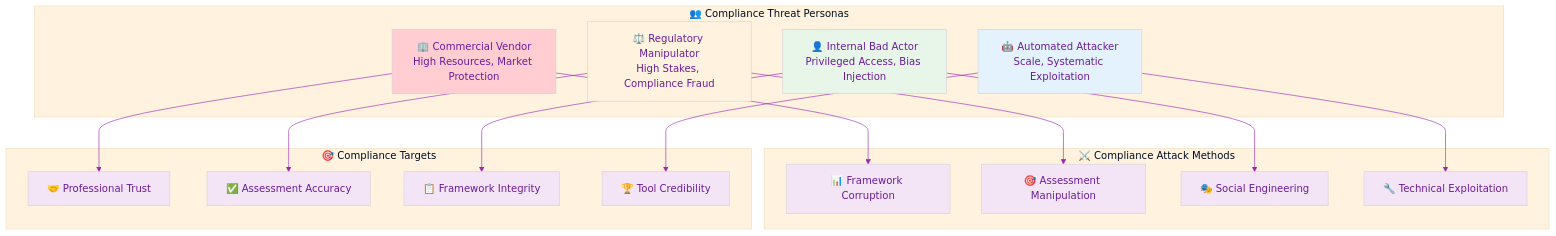
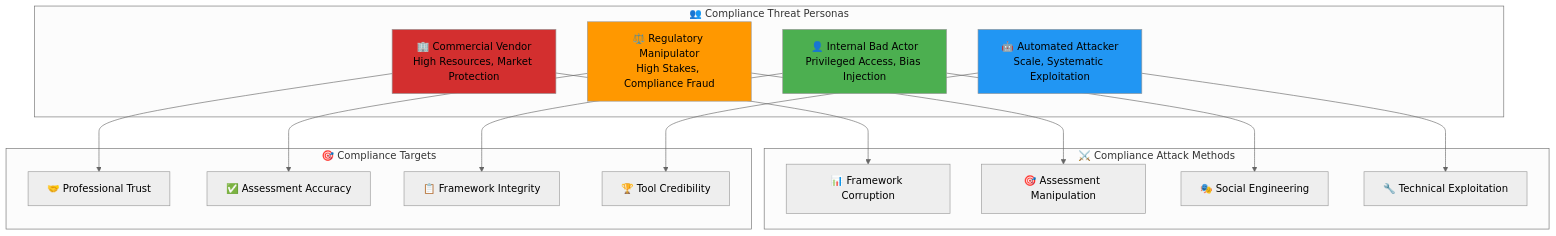
Diagram 13 of 15 in docs/architecture/THREAT_MODEL.md (step-security-bot/cia-compliance-manager), drawn with Mermaid before and after one commit. The commit also changed other lines of this file and 27 other files, not shown here.

First line of the commit message:
fix: resolve broken mermaid diagrams and improve color coding to match ISMS style guide (#1106)

````diff
--- a/docs/architecture/THREAT_MODEL.md
+++ b/docs/architecture/THREAT_MODEL.md
@@ -897,52 +821,41 @@
 ```mermaid
-%%{
-  init: {
-    'theme': 'base',
-    'themeVariables': {
-      'primaryColor': '#f3e5f5',
-      'primaryTextColor': '#6a1b9a',
-      'lineColor': '#9c27b0',
-      'secondaryColor': '#e8f5e9',
-      'tertiaryColor': '#fff3e0'
-    }
-  }
-}%%
+%%{init: {"theme": "neutral"}}%%
 flowchart TD
     subgraph PERSONAS["👥 Compliance Threat Personas"]
         COMPETITIVE[🏢 Commercial Vendor<br/>High Resources, Market Protection]
         REGULATORY[⚖️ Regulatory Manipulator<br/>High Stakes, Compliance Fraud]
         INTERNAL[👤 Internal Bad Actor<br/>Privileged Access, Bias Injection]
         AUTOMATED[🤖 Automated Attacker<br/>Scale, Systematic Exploitation]
     end
     
     subgraph METHODS["⚔️ Compliance Attack Methods"]
         FRAMEWORK_CORRUPT[📊 Framework Corruption]
         ASSESSMENT_BIAS[🎯 Assessment Manipulation]
         SOCIAL_DECEPTION[🎭 Social Engineering]
         TECHNICAL_EXPLOIT[🔧 Technical Exploitation]
     end
     
     subgraph TARGETS["🎯 Compliance Targets"]
         TRUST[🤝 Professional Trust]
         ACCURACY[✅ Assessment Accuracy]
         METHODOLOGY[📋 Framework Integrity]
         REPUTATION[🏆 Tool Credibility]
     end
     
     COMPETITIVE --> FRAMEWORK_CORRUPT
     COMPETITIVE --> TRUST
     
     REGULATORY --> ASSESSMENT_BIAS
     REGULATORY --> ACCURACY
     
     INTERNAL --> SOCIAL_DECEPTION
     INTERNAL --> METHODOLOGY
     
     AUTOMATED --> TECHNICAL_EXPLOIT
     AUTOMATED --> REPUTATION
     
-    style COMPETITIVE fill:#ffcdd2
-    style REGULATORY fill:#fff3e0
-    style INTERNAL fill:#e8f5e9
-    style AUTOMATED fill:#e3f2fd
+    style COMPETITIVE fill:#D32F2F
+    style REGULATORY fill:#FF9800
+    style INTERNAL fill:#4CAF50
+    style AUTOMATED fill:#2196F3
 ```
````
